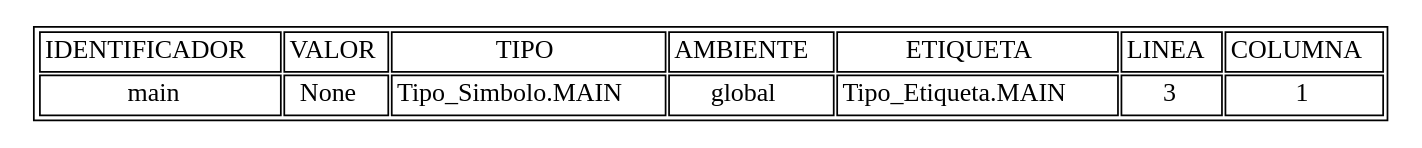
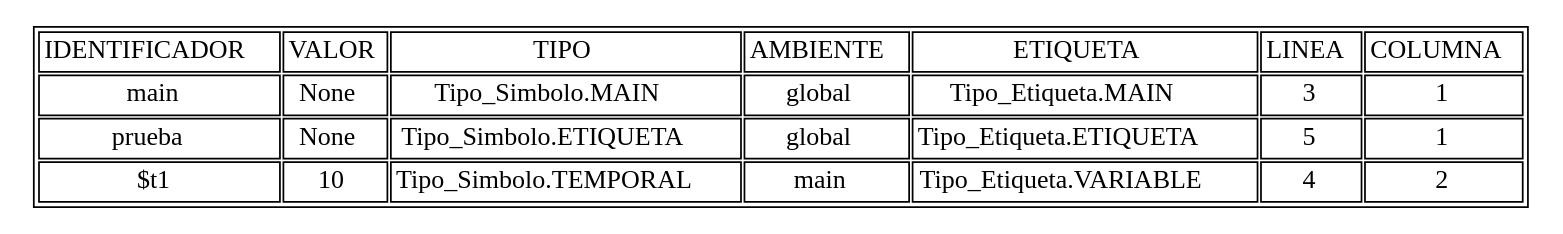
The diagram in tablasimbolos.dot (AndreeAvalos/OLC2-AUGUS), drawn with Graphviz before and after one commit. The commit also changed 5 other files, not shown here.

```diff
--- a/tablasimbolos.dot
+++ b/tablasimbolos.dot
@@ -1,9 +1,11 @@
 digraph tabla{
 graph [ratio=fill];node [label="\N", fontsize=15, shape=plaintext];
 graph [bb="0,0,352,154"];
 arset [label=<<TABLE ALIGN="LEFT">
 <TR><TD>IDENTIFICADOR</TD><TD>VALOR</TD><TD>TIPO</TD><TD>AMBIENTE</TD><TD>ETIQUETA</TD><TD>LINEA</TD><TD>COLUMNA</TD></TR>
 <TR><TD>main</TD><TD>None</TD><TD>Tipo_Simbolo.MAIN</TD><TD>global</TD><TD>Tipo_Etiqueta.MAIN</TD><TD>3</TD><TD>1</TD></TR>
+<TR><TD>prueba</TD><TD>None</TD><TD>Tipo_Simbolo.ETIQUETA</TD><TD>global</TD><TD>Tipo_Etiqueta.ETIQUETA</TD><TD>5</TD><TD>1</TD></TR>
+<TR><TD>$t1</TD><TD>10</TD><TD>Tipo_Simbolo.TEMPORAL</TD><TD>main</TD><TD>Tipo_Etiqueta.VARIABLE</TD><TD>4</TD><TD>2</TD></TR>
 </TABLE>
 >, ];
 }
```
